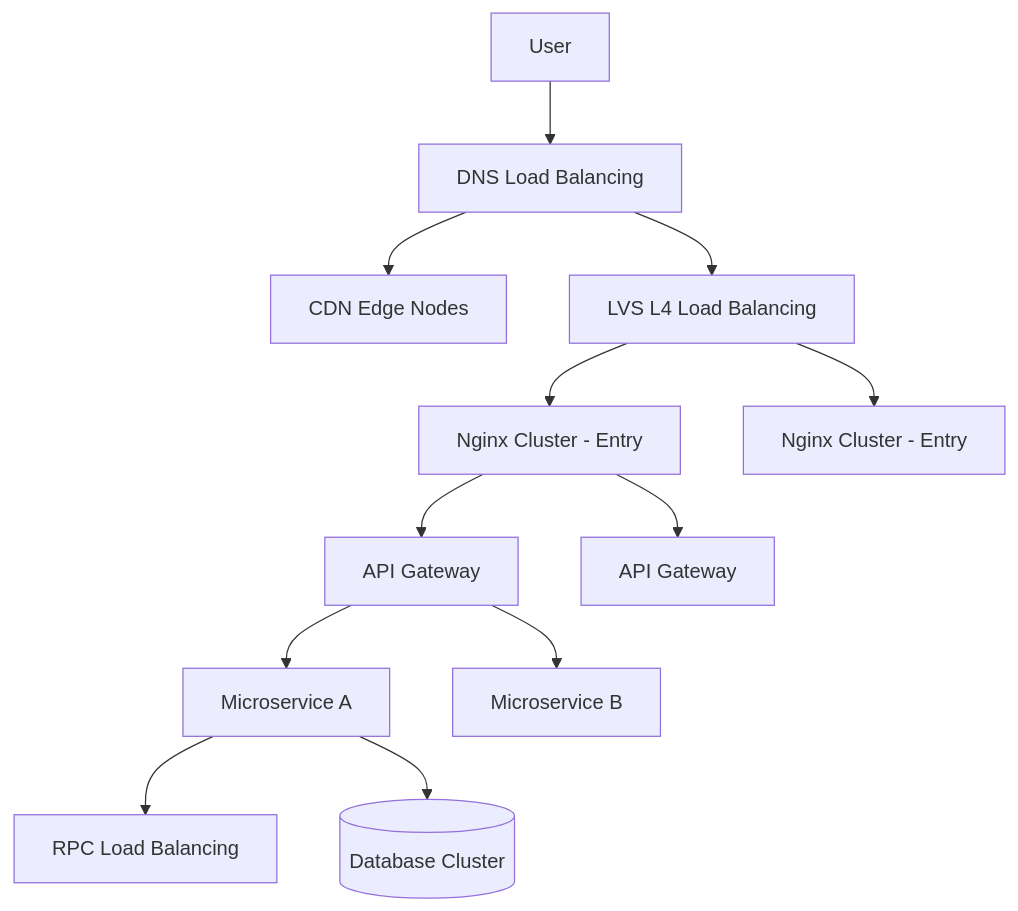
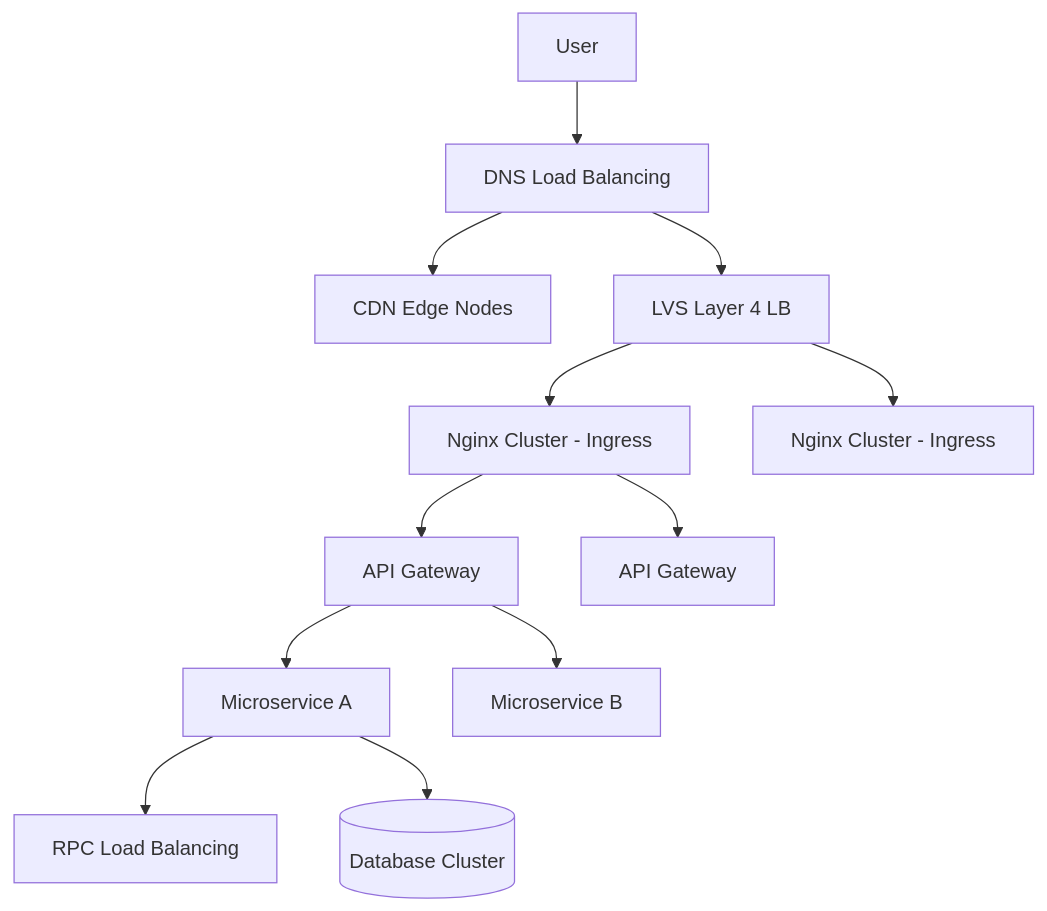
The second of 8 diagrams in articles/en/high-concurrency-system-architecture-guide.mdx (zhangshichuan/maxzhang.site), drawn with Mermaid before and after one commit. The commit also changed other lines of this file and 1 other file, not shown here.

Commit message:
docs:  重写 high-concurrency-system-architecture-guide

````diff
--- a/articles/en/high-concurrency-system-architecture-guide.mdx
+++ b/articles/en/high-concurrency-system-architecture-guide.mdx
@@ -69,18 +99,18 @@
 ```mermaid
 flowchart TD
     User[User] --> DNS[DNS Load Balancing]
     DNS --> CDN[CDN Edge Nodes]
-    DNS --> LVS[LVS L4 Load Balancing]
+    DNS --> LVS[LVS Layer 4 LB]
 
-    LVS --> Nginx1[Nginx Cluster - Entry]
-    LVS --> Nginx2[Nginx Cluster - Entry]
+    LVS --> Nginx1[Nginx Cluster - Ingress]
+    LVS --> Nginx2[Nginx Cluster - Ingress]
 
     Nginx1 --> Gateway1[API Gateway]
     Nginx1 --> Gateway2[API Gateway]
 
     Gateway1 --> Service1[Microservice A]
     Gateway1 --> Service2[Microservice B]
 
     Service1 --> RPC1[RPC Load Balancing]
     Service1 --> DB[(Database Cluster)]
 ```
````
